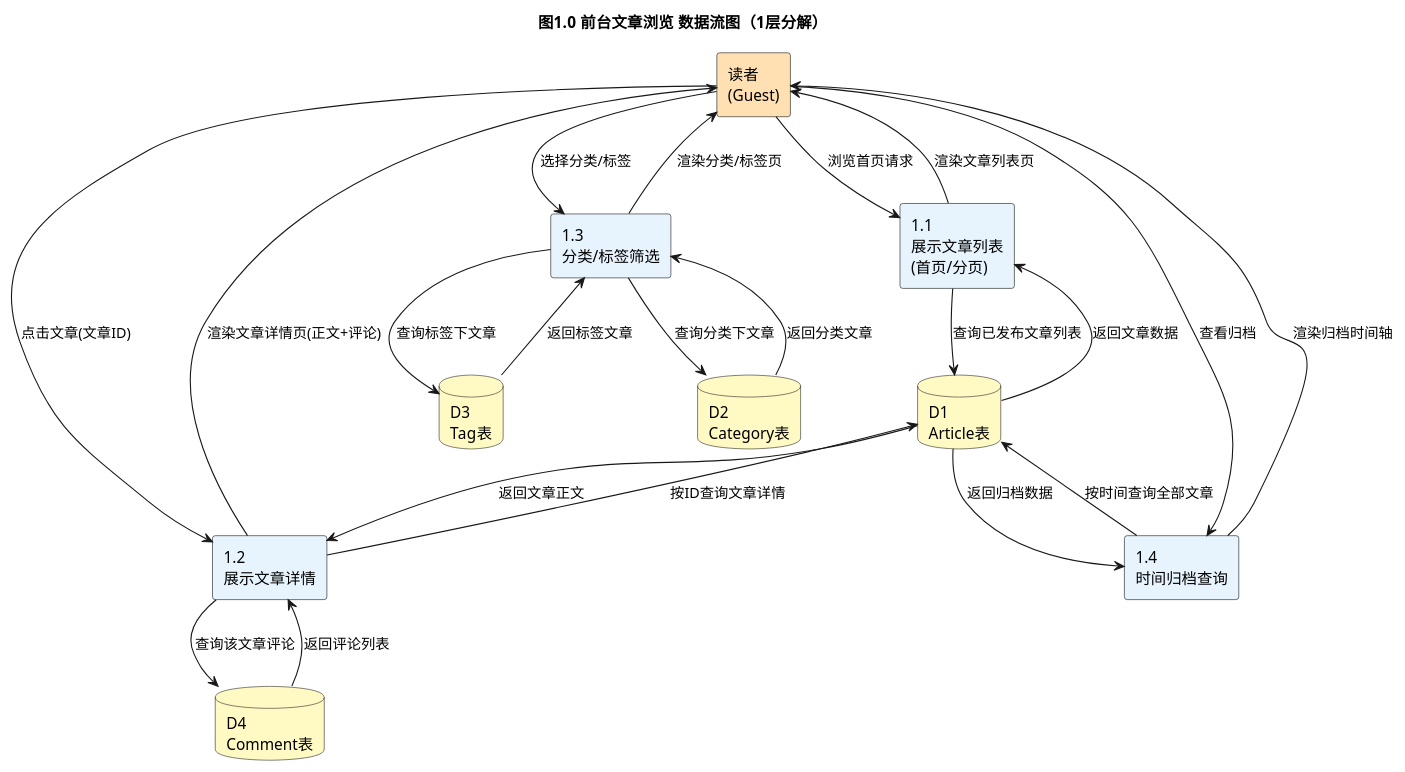
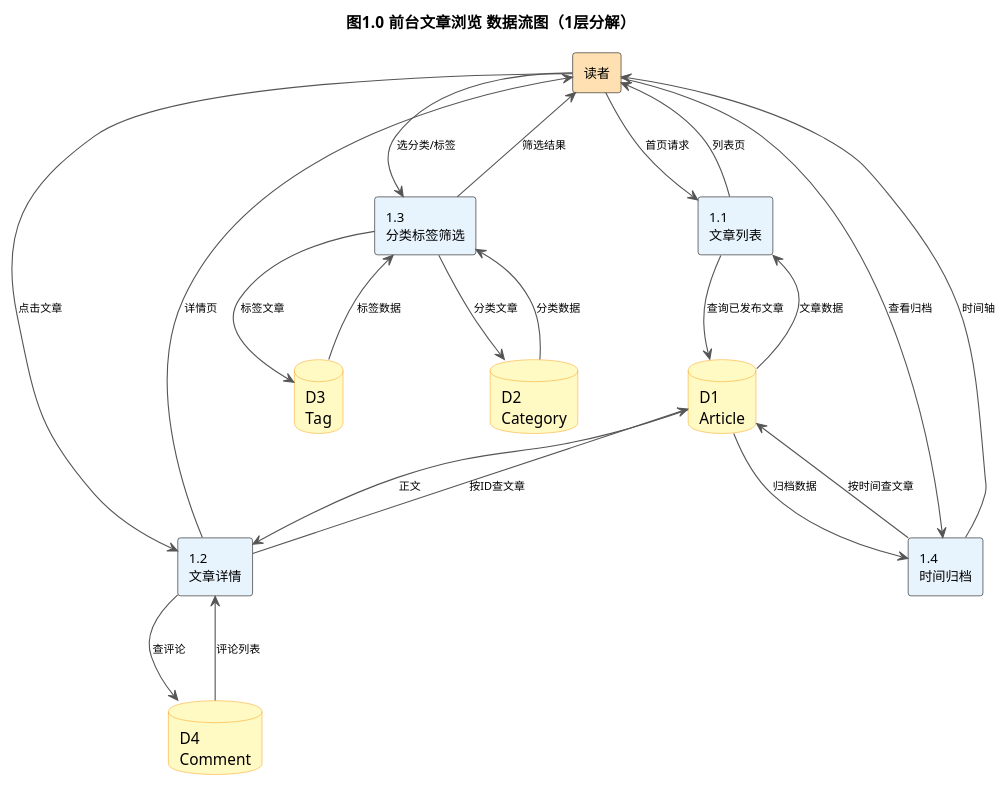
One commit to xiongyuanhao0525-bot/Class3-Group4 changed the second of 5 diagrams in doc/素材/纪秀茹/blog数据流图.puml. Above: the diagram before and after it, drawn with PlantUML. The commit also changed other lines of this file and 5 other files, not shown here.

Commit message:
纪秀茹：优化blog数据流图布局，解决标注重叠

```diff
--- a/doc/素材/纪秀茹/blog数据流图.puml
+++ b/doc/素材/纪秀茹/blog数据流图.puml
@@ -37,48 +34,53 @@
 @startuml DFD-1前台文章浏览
 skinparam defaultFontName "Microsoft YaHei"
+skinparam nodesep 60
+skinparam ranksep 80
 skinparam rectangle {
   BackgroundColor #FEFEFE
   BorderColor black
+  FontSize 12
 }
+skinparam database {
+  BackgroundColor #FFF9C4
+  BorderColor #F9A825
+}
+skinparam ArrowFontSize 10
+skinparam ArrowColor #555555
 title 图1.0  前台文章浏览 数据流图（1层分解）
 
-' ===== 外部实体 =====
-rectangle "读者\n(Guest)" as E1 #FFE0B2
+rectangle "读者" as E1 #FFE0B2
 
-' ===== 处理过程 =====
-rectangle "1.1\n展示文章列表\n(首页/分页)" as P11 #E8F4FD
-rectangle "1.2\n展示文章详情" as P12 #E8F4FD
-rectangle "1.3\n分类/标签筛选" as P13 #E8F4FD
-rectangle "1.4\n时间归档查询" as P14 #E8F4FD
+rectangle "1.1\n文章列表" as P11 #E8F4FD
+rectangle "1.2\n文章详情" as P12 #E8F4FD
+rectangle "1.3\n分类标签筛选" as P13 #E8F4FD
+rectangle "1.4\n时间归档" as P14 #E8F4FD
 
-' ===== 数据存储 =====
-database "D1\nArticle表" as D1 #FFF9C4
-database "D2\nCategory表" as D2 #FFF9C4
-database "D3\nTag表" as D3 #FFF9C4
-database "D4\nComment表" as D4 #FFF9C4
+database "D1\nArticle" as D1 #FFF9C4
+database "D2\nCategory" as D2 #FFF9C4
+database "D3\nTag" as D3 #FFF9C4
+database "D4\nComment" as D4 #FFF9C4
 
-' ===== 数据流 =====
-E1 --> P11 : 浏览首页请求
-P11 --> D1 : 查询已发布文章列表
-D1 --> P11 : 返回文章数据
-P11 --> E1 : 渲染文章列表页
+E1 --> P11 : 首页请求
+P11 --> D1 : 查询已发布文章
+D1 --> P11 : 文章数据
+P11 --> E1 : 列表页
 
-E1 --> P12 : 点击文章(文章ID)
-P12 --> D1 : 按ID查询文章详情
-D1 --> P12 : 返回文章正文
-P12 --> D4 : 查询该文章评论
-D4 --> P12 : 返回评论列表
-P12 --> E1 : 渲染文章详情页(正文+评论)
+E1 --> P12 : 点击文章
+P12 --> D1 : 按ID查文章
+D1 --> P12 : 正文
+P12 --> D4 : 查评论
+D4 --> P12 : 评论列表
+P12 --> E1 : 详情页
 
-E1 --> P13 : 选择分类/标签
-P13 --> D2 : 查询分类下文章
-P13 --> D3 : 查询标签下文章
-D2 --> P13 : 返回分类文章
-D3 --> P13 : 返回标签文章
-P13 --> E1 : 渲染分类/标签页
+E1 --> P13 : 选分类/标签
+P13 --> D2 : 分类文章
+P13 --> D3 : 标签文章
+D2 --> P13 : 分类数据
+D3 --> P13 : 标签数据
+P13 --> E1 : 筛选结果
 
 E1 --> P14 : 查看归档
-P14 --> D1 : 按时间查询全部文章
-D1 --> P14 : 返回归档数据
-P14 --> E1 : 渲染归档时间轴
+P14 --> D1 : 按时间查文章
+D1 --> P14 : 归档数据
+P14 --> E1 : 时间轴
 @enduml
```
